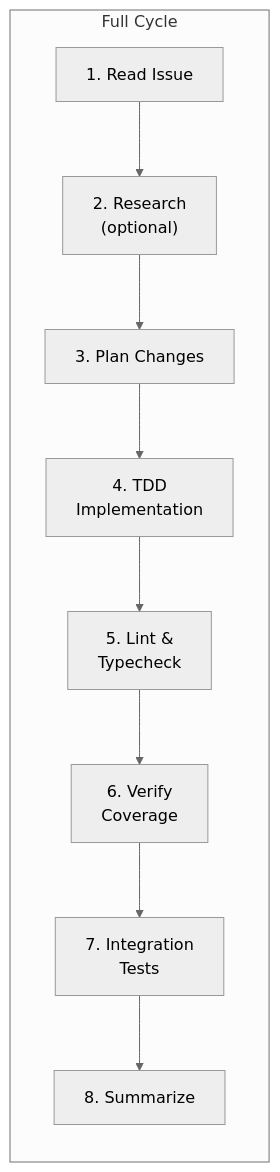
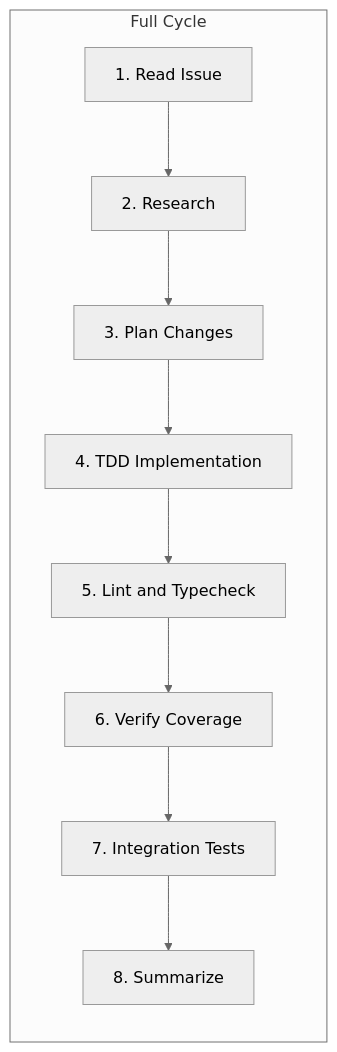
Before and after one commit to mtomcal/stick-rumble: the third of 4 diagrams in docs/MULTI-AGENT-WORKFLOW.md, drawn with Mermaid (neutral theme). The commit also changed other lines of this file and 2 other files, not shown here.

First line of the commit message:
docs: Fix Mermaid diagrams for GitHub rendering

````diff
--- a/docs/MULTI-AGENT-WORKFLOW.md
+++ b/docs/MULTI-AGENT-WORKFLOW.md
@@ -177,15 +177,15 @@
 ```mermaid
 flowchart LR
     subgraph "Full Cycle"
         Read["1. Read Issue"]
-        Research["2. Research\n(optional)"]
+        Research["2. Research"]
         Plan["3. Plan Changes"]
-        TDD["4. TDD\nImplementation"]
-        Lint["5. Lint &\nTypecheck"]
-        Coverage["6. Verify\nCoverage"]
-        Integration["7. Integration\nTests"]
+        TDD["4. TDD Implementation"]
+        Lint["5. Lint and Typecheck"]
+        Coverage["6. Verify Coverage"]
+        Integration["7. Integration Tests"]
         Summary["8. Summarize"]
     end
 
     Read --> Research --> Plan --> TDD --> Lint --> Coverage --> Integration --> Summary
 ```
````
